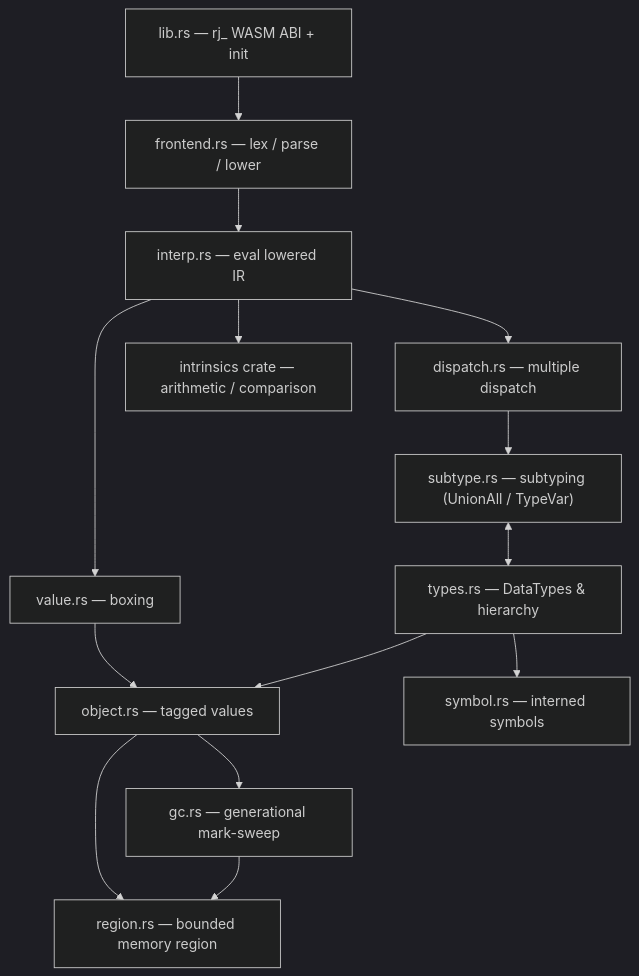
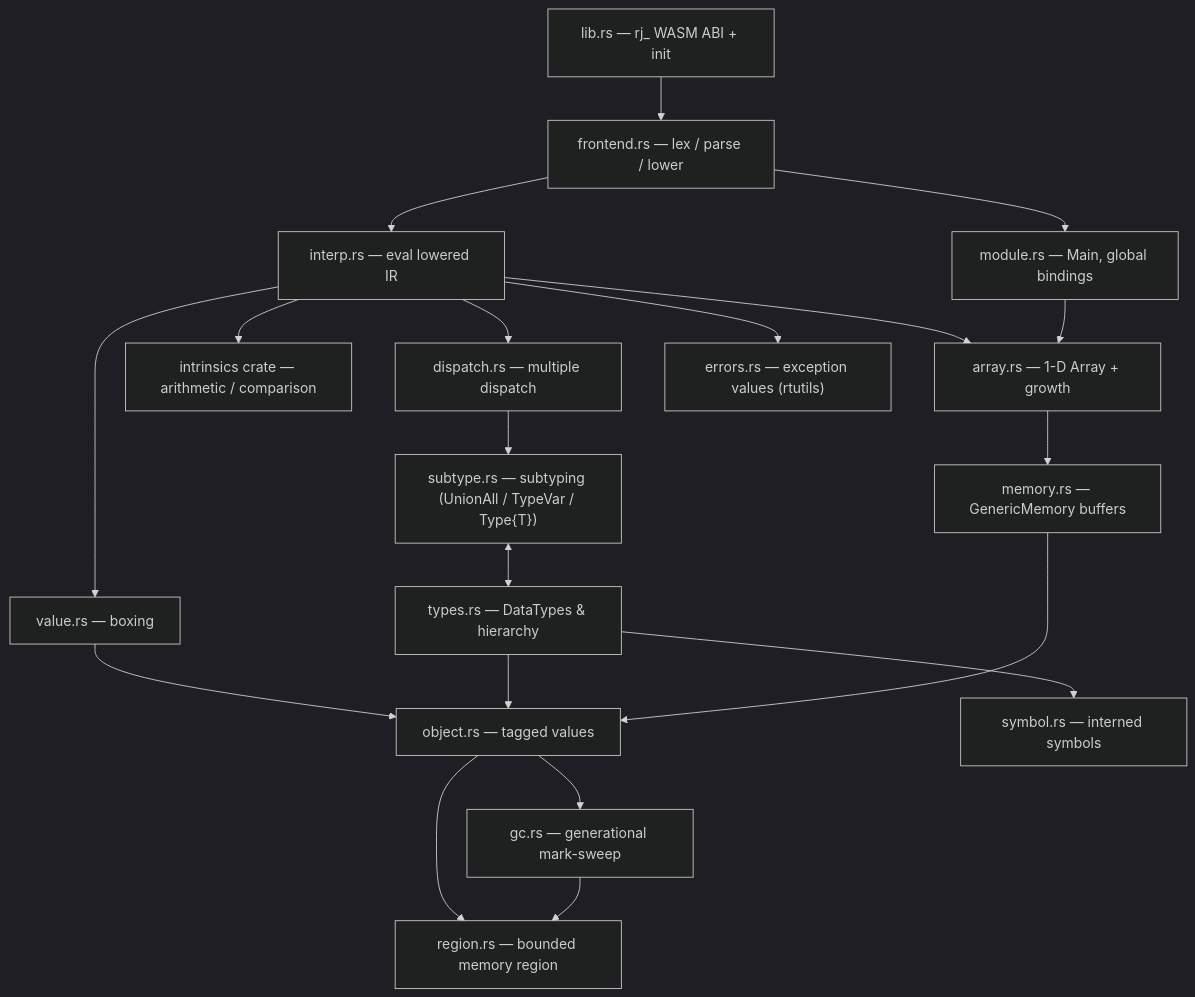
The second of 8 diagrams in design/implementation.md (andy-emerson/Ruju), drawn with Mermaid (dark theme) before and after one commit. The commit also changed other lines of this file and 6 other files, not shown here.

````diff
--- a/design/implementation.md
+++ b/design/implementation.md
@@ -148,17 +148,23 @@
 ```mermaid
 flowchart TD
     LIB["lib.rs — rj_ WASM ABI + init"]
     LIB --> FE["frontend.rs — lex / parse / lower"]
     FE --> INTERP["interp.rs — eval lowered IR"]
     INTERP --> DISP["dispatch.rs — multiple dispatch"]
     INTERP --> VAL["value.rs — boxing"]
     INTERP --> INTR["intrinsics crate — arithmetic / comparison"]
-    DISP --> SUB["subtype.rs — subtyping (UnionAll / TypeVar)"]
+    INTERP --> ARR["array.rs — 1-D Array + growth"]
+    INTERP --> ERR["errors.rs — exception values (rtutils)"]
+    ARR --> MEMM["memory.rs — GenericMemory buffers"]
+    FE --> MOD["module.rs — Main, global bindings"]
+    MOD --> ARR
+    DISP --> SUB["subtype.rs — subtyping (UnionAll / TypeVar / Type{T})"]
     SUB <--> TYPES["types.rs — DataTypes & hierarchy"]
     VAL --> OBJ["object.rs — tagged values"]
     TYPES --> OBJ
+    MEMM --> OBJ
     TYPES --> SYM["symbol.rs — interned symbols"]
     OBJ --> GC["gc.rs — generational mark-sweep"]
     OBJ --> REGION["region.rs — bounded memory region"]
     GC --> REGION
 ```
````
